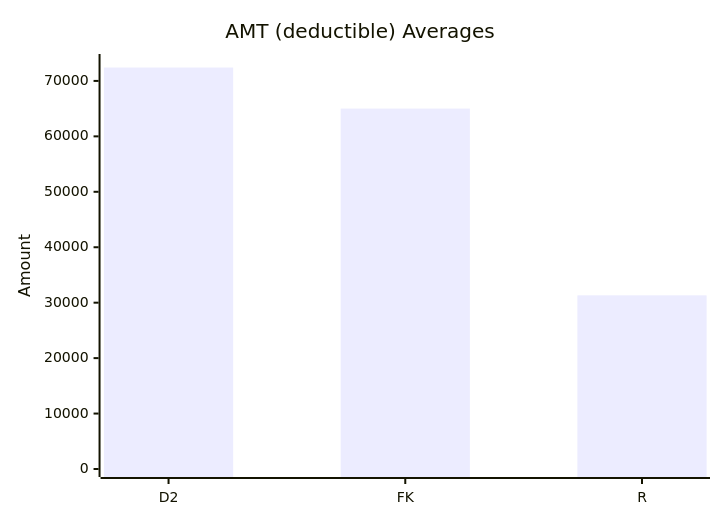
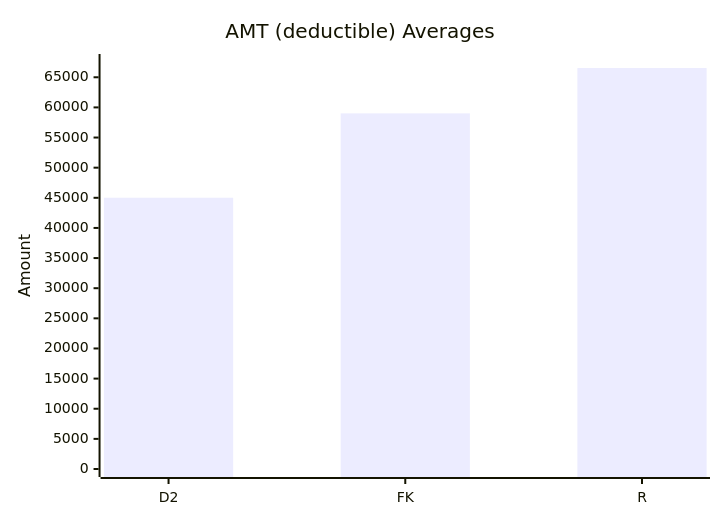
Before and after one commit to dhagan-va/intern-2025: the ninth of 10 diagrams in test-tools/DataGen/src/Statistics_Visualizer.md, drawn with Mermaid. The commit also changed other lines of this file and 3 other files, not shown here.

````diff
--- a/test-tools/DataGen/src/Statistics_Visualizer.md
+++ b/test-tools/DataGen/src/Statistics_Visualizer.md
@@ -95,7 +95,7 @@
 ```mermaid
 xychart-beta
     title "AMT (deductible) Averages"
     x-axis ["D2", "FK", "R"]
-    y-axis "Amount" 0 --> 73412.6
-    bar [72412.6, 65015.0, 31323.4]
+    y-axis "Amount" 0 --> 67534.0
+    bar [45010.2, 59012.2, 66534.0]
 ```
````
